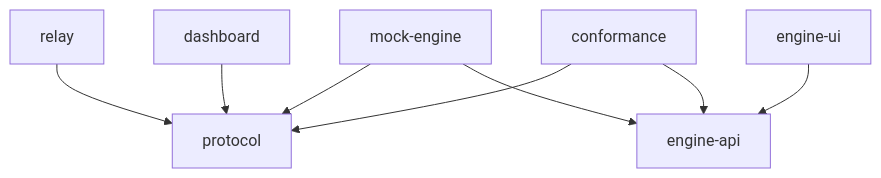
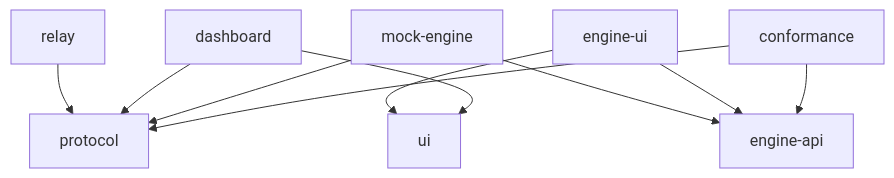
One commit to webgptorg/app changed the second of 2 diagrams in docs/architecture.md. Above: the diagram before and after it, drawn with Mermaid. The commit also changed other lines of this file and 9 other files, not shown here.

````diff
--- a/docs/architecture.md
+++ b/docs/architecture.md
@@ -34,10 +34,12 @@
 ```mermaid
 flowchart TD
     relay --> protocol
     dashboard --> protocol
     mock-engine --> protocol
     mock-engine --> engine-api
     engine-ui --> engine-api
+    engine-ui --> ui
+    dashboard --> ui
     conformance --> protocol
     conformance --> engine-api
 ```
````
